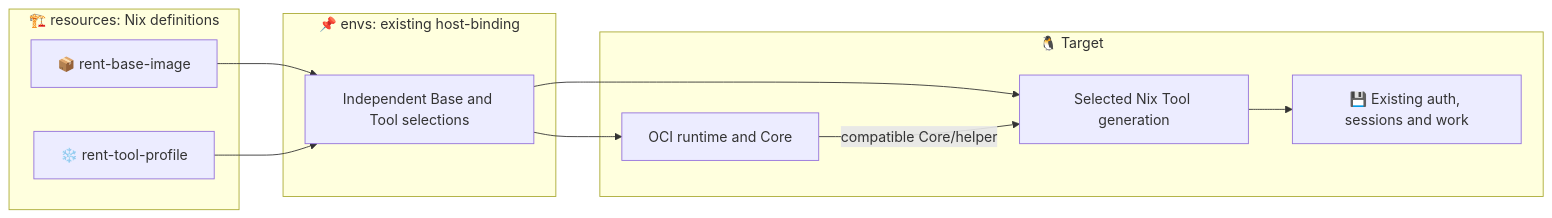
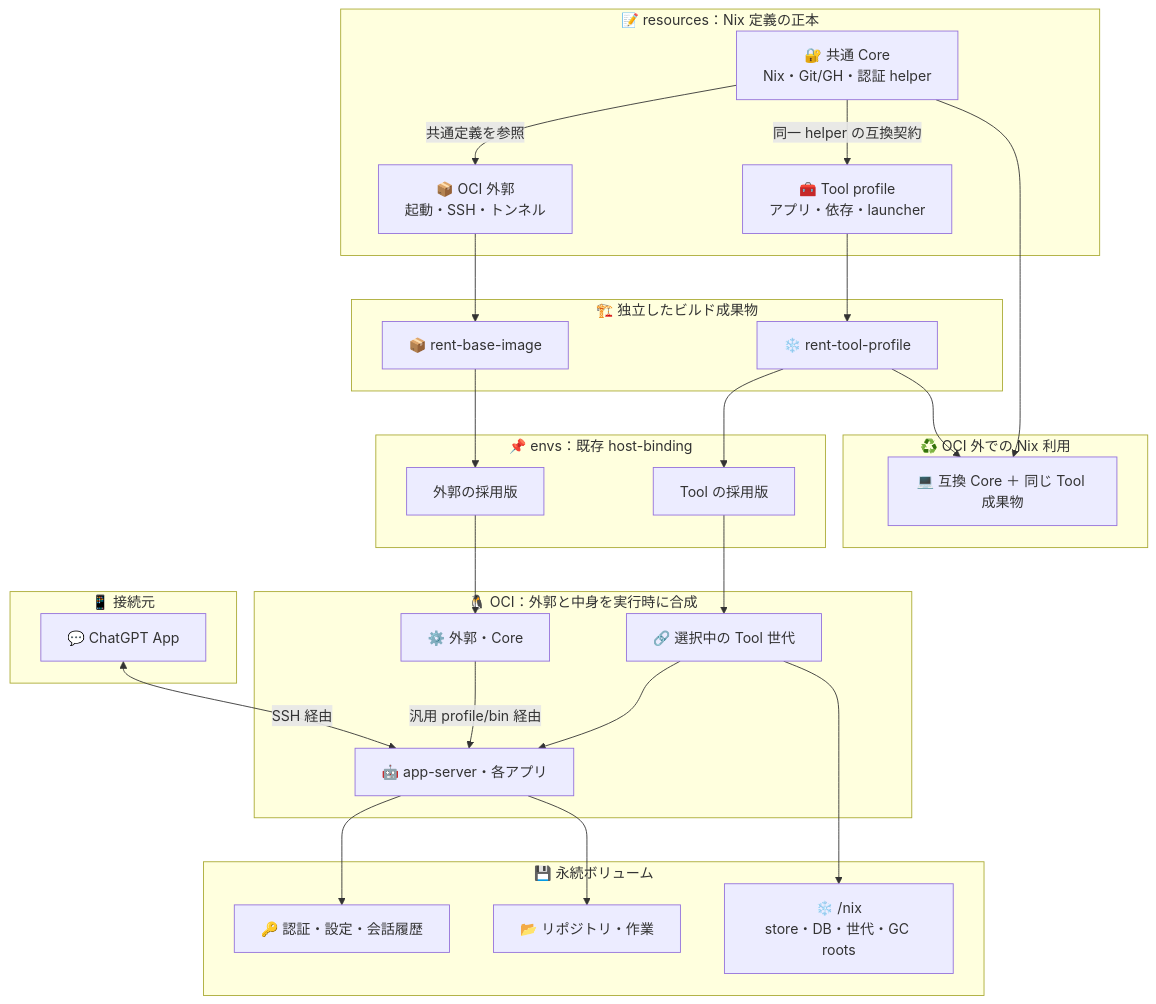
Before and after one commit to roccho-dev/resources: the first of 2 diagrams in README.md, drawn with Mermaid. The commit also changed other lines of this file, not shown here.

Commit message:
docs(rent): align structure with the agreed Nix and OCI design

````diff
--- a/README.md
+++ b/README.md
@@ -41,21 +45,54 @@
 ```mermaid
-flowchart LR
-  subgraph producer["🏗️ resources: Nix definitions"]
-    b["📦 rent-base-image"]
-    t["❄️ rent-tool-profile"]
+flowchart TB
+  subgraph source["📝 resources：Nix 定義の正本"]
+    CORE["🔐 共通 Core<br/>Nix・Git/GH・認証 helper"]
+    TOOL["🧰 Tool profile<br/>アプリ・依存・launcher"]
+    SHELL["📦 OCI 外郭<br/>起動・SSH・トンネル"]
+    CORE -->|共通定義を参照| SHELL
+    CORE -->|同一 helper の互換契約| TOOL
   end
-  subgraph adoption["📌 envs: existing host-binding"]
-    d["Independent Base and Tool selections"]
+
+  subgraph build["🏗️ 独立したビルド成果物"]
+    B["📦 rent-base-image"]
+    T["❄️ rent-tool-profile"]
+    SHELL --> B
+    TOOL --> T
   end
-  subgraph target["🐧 Target"]
-    runtime["OCI runtime and Core"]
-    profile["Selected Nix Tool generation"]
-    state["💾 Existing auth, sessions and work"]
+
+  subgraph adoption["📌 envs：既存 host-binding"]
+    DB["外郭の採用版"]
+    DT["Tool の採用版"]
+    B --> DB
+    T --> DT
   end
-  b --> d
-  t --> d
-  d --> runtime
-  d --> profile
-  runtime -->|compatible Core/helper| profile
-  profile --> state
+
+  subgraph oci["🐧 OCI：外郭と中身を実行時に合成"]
+    RUNTIME["⚙️ 外郭・Core"]
+    PROFILE["🔗 選択中の Tool 世代"]
+    APP["🤖 app-server・各アプリ"]
+    DB --> RUNTIME
+    DT --> PROFILE
+    RUNTIME -->|汎用 profile/bin 経由| APP
+    PROFILE --> APP
+  end
+
+  subgraph volumes["💾 永続ボリューム"]
+    NIX["❄️ /nix<br/>store・DB・世代・GC roots"]
+    STATE["🔑 認証・設定・会話履歴"]
+    WORK["📂 リポジトリ・作業"]
+    PROFILE --> NIX
+    APP --> STATE
+    APP --> WORK
+  end
+
+  subgraph reuse["♻️ OCI 外での Nix 利用"]
+    NATIVE["💻 互換 Core ＋ 同じ Tool 成果物"]
+    CORE --> NATIVE
+    T --> NATIVE
+  end
+
+  subgraph client["📱 接続元"]
+    CHAT["💬 ChatGPT App"]
+    CHAT <-->|SSH 経由| APP
+  end
 ```
````
